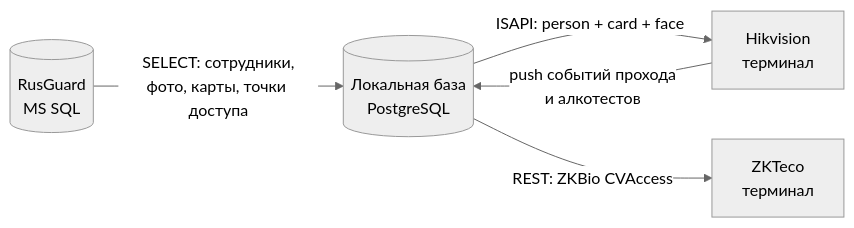
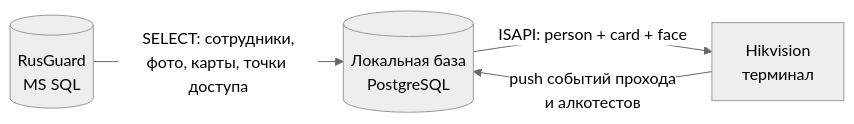
The diagram in README.md (roosych/facegate), drawn with Mermaid (neutral theme) before and after one commit. The commit also changed other lines of this file and 32 other files, not shown here.

````diff
--- a/README.md
+++ b/README.md
@@ -18,7 +14,6 @@
 ```mermaid
 flowchart LR
     RG[(RusGuard<br/>MS SQL)] -->|"SELECT: сотрудники,<br/>фото, карты, точки доступа"| APP
     APP[(Локальная база<br/>PostgreSQL)] -->|"ISAPI: person + card + face"| HIK[Hikvision<br/>терминал]
-    APP -->|"REST: ZKBio CVAccess"| ZKT[ZKTeco<br/>терминал]
     HIK -->|"push событий прохода<br/>и алкотестов"| APP
 ```
````
